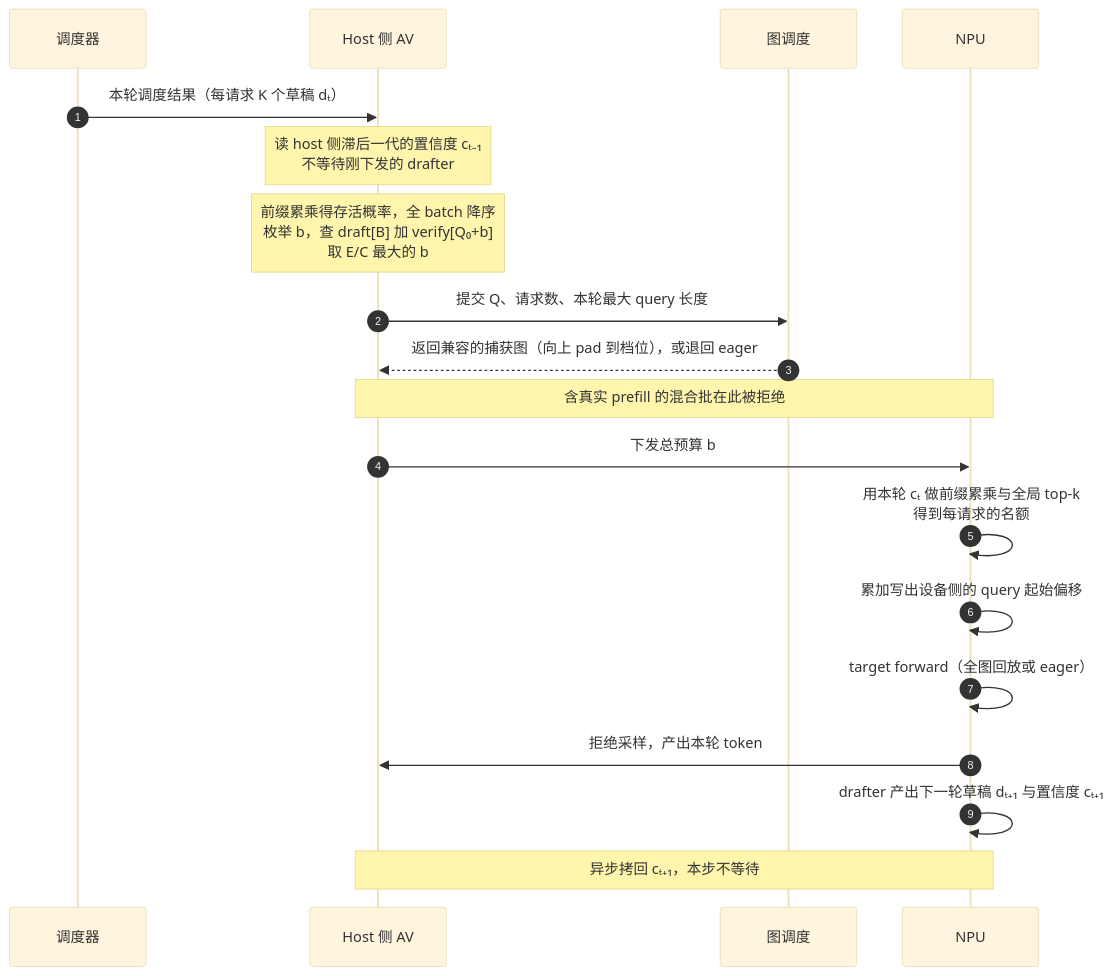
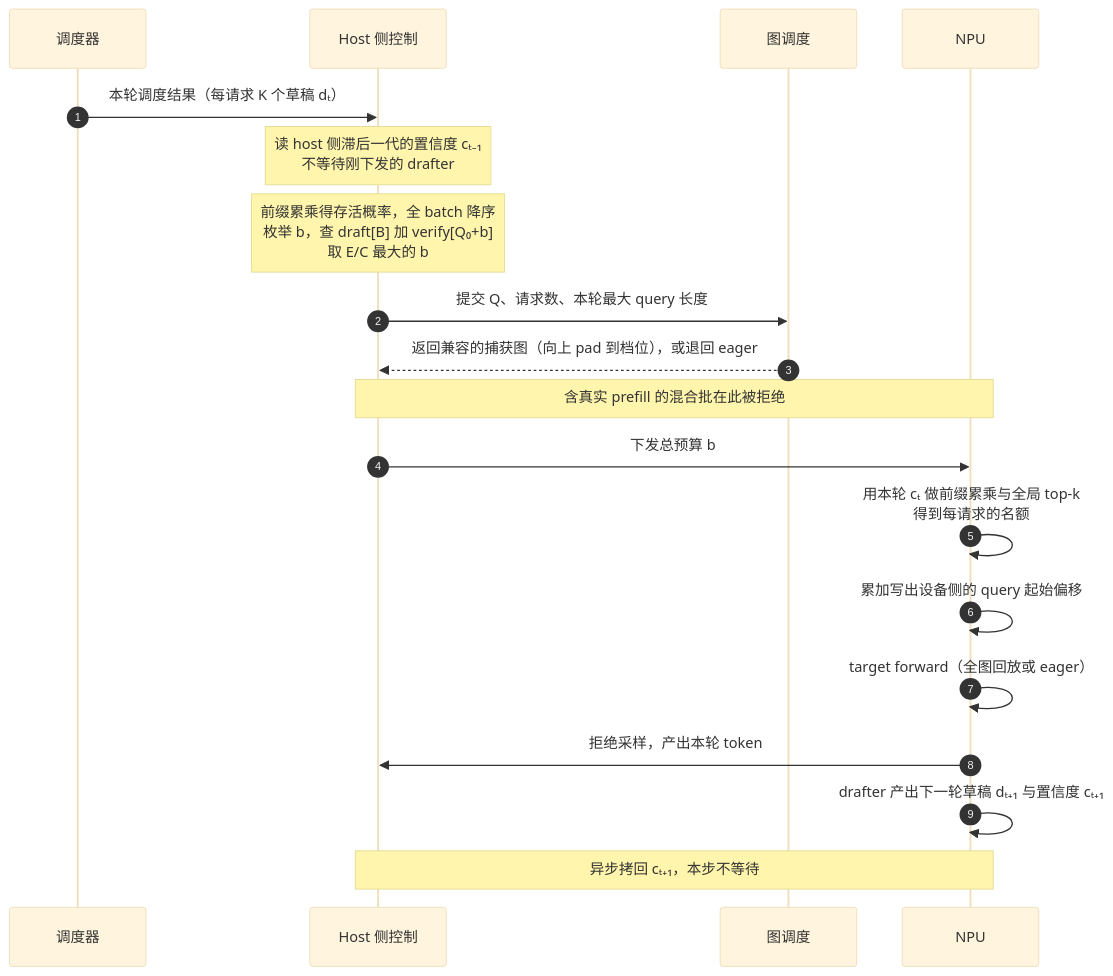
The second of 2 diagrams in docs/adaptive_verify/practice_report.md (ChunnX/vllm-ascend), drawn with Mermaid (base theme) before and after one commit. The commit also changed other lines of this file, not shown here.

First line of the commit message:
docs: say that trimming only pays when it drops a graph bucket

````diff
--- a/docs/adaptive_verify/practice_report.md
+++ b/docs/adaptive_verify/practice_report.md
@@ -112,21 +114,21 @@
 ```mermaid
 sequenceDiagram
     autonumber
     participant S as 调度器
-    participant H as Host 侧 AV
+    participant H as Host 侧控制
     participant G as 图调度
     participant D as NPU
     S->>H: 本轮调度结果（每请求 K 个草稿 dₜ）
     Note over H: 读 host 侧滞后一代的置信度 cₜ₋₁<br/>不等待刚下发的 drafter
     Note over H: 前缀累乘得存活概率，全 batch 降序<br/>枚举 b，查 draft[B] 加 verify[Q₀+b]<br/>取 E/C 最大的 b
     H->>G: 提交 Q、请求数、本轮最大 query 长度
     G-->>H: 返回兼容的捕获图（向上 pad 到档位），或退回 eager
     Note over H,D: 含真实 prefill 的混合批在此被拒绝
     H->>D: 下发总预算 b
     D->>D: 用本轮 cₜ 做前缀累乘与全局 top-k<br/>得到每请求的名额
     D->>D: 累加写出设备侧的 query 起始偏移
     D->>D: target forward（全图回放或 eager）
     D->>H: 拒绝采样，产出本轮 token
     D->>D: drafter 产出下一轮草稿 dₜ₊₁ 与置信度 cₜ₊₁
     Note over H,D: 异步拷回 cₜ₊₁，本步不等待
 ```
````
